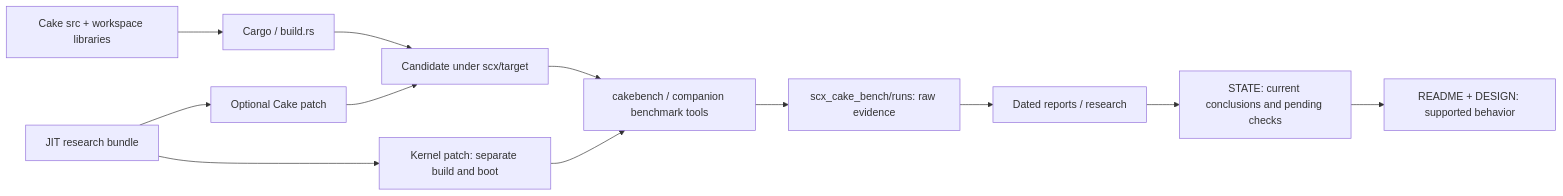
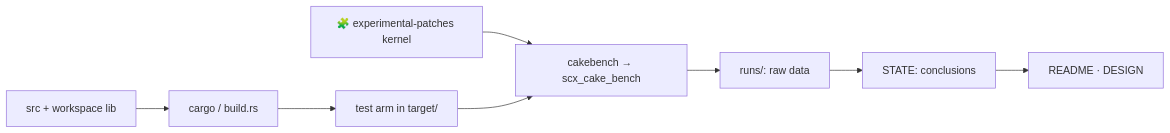
Before and after one commit to RitzDaCat/scx: the diagram in scheds/rust/scx_cake/docs/STRUCTURE.md, drawn with Mermaid. The commit also changed other lines of this file and 11 other files, not shown here.

First line of the commit message:
scx_cake: docs: match the code; say what --handoff-ns changes

````diff
--- a/scheds/rust/scx_cake/docs/STRUCTURE.md
+++ b/scheds/rust/scx_cake/docs/STRUCTURE.md
@@ -46,14 +20,6 @@
 ```mermaid
 flowchart LR
-    Source["Cake src + workspace libraries"] --> Build["Cargo / build.rs"]
-    Build --> Candidate["Candidate under scx/target"]
-    Candidate --> Bench["cakebench / companion benchmark tools"]
-    Bench --> Runs["scx_cake_bench/runs: raw evidence"]
-    Runs --> Reports["Dated reports / research"]
-    Reports --> State["STATE: current conclusions and pending checks"]
-    State --> Docs["README + DESIGN: supported behavior"]
-    Research["JIT research bundle"] --> Kernel["Kernel patch: separate build and boot"]
-    Kernel --> Bench
-    Research --> Optional["Optional Cake patch"]
-    Optional --> Candidate
+    S["src + workspace lib"] --> B["cargo / build.rs"] --> T["test arm in target/"]
+    K["🧩 experimental-patches kernel"] --> H
+    T --> H["cakebench → scx_cake_bench"] --> R["runs/: raw data"] --> ST["STATE: conclusions"] --> D["README · DESIGN"]
 ```
````
